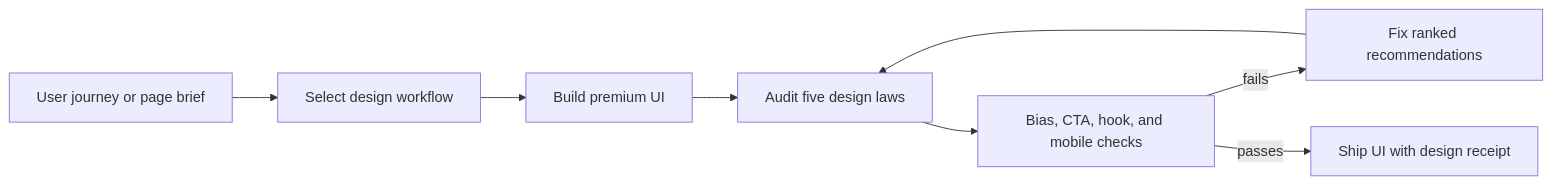
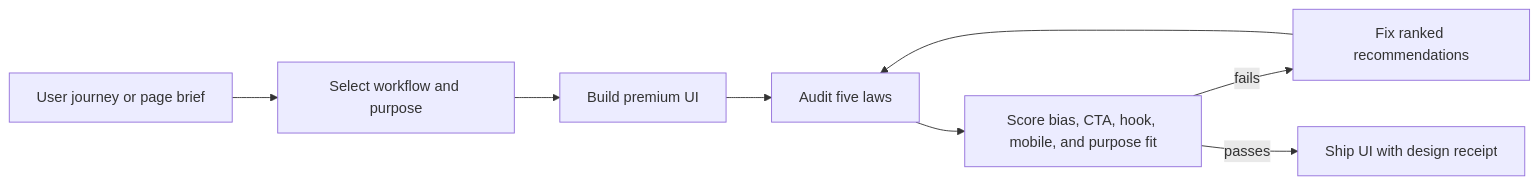
Before and after one commit to zrk222/code-factory-4-design: the diagram in README.md, drawn with Mermaid. The commit also changed other lines of this file and 7 other files, not shown here.

Commit message:
Add purpose-fit design scoring

````diff
--- a/README.md
+++ b/README.md
@@ -15,10 +15,10 @@
 ```mermaid
 flowchart LR
-    A["User journey or page brief"] --> B["Select design workflow"]
+    A["User journey or page brief"] --> B["Select workflow and purpose"]
     B --> C["Build premium UI"]
-    C --> D["Audit five design laws"]
-    D --> E["Bias, CTA, hook, and mobile checks"]
+    C --> D["Audit five laws"]
+    D --> E["Score bias, CTA, hook, mobile, and purpose fit"]
     E -->|"fails"| F["Fix ranked recommendations"]
     F --> D
     E -->|"passes"| G["Ship UI with design receipt"]
 ```
````
